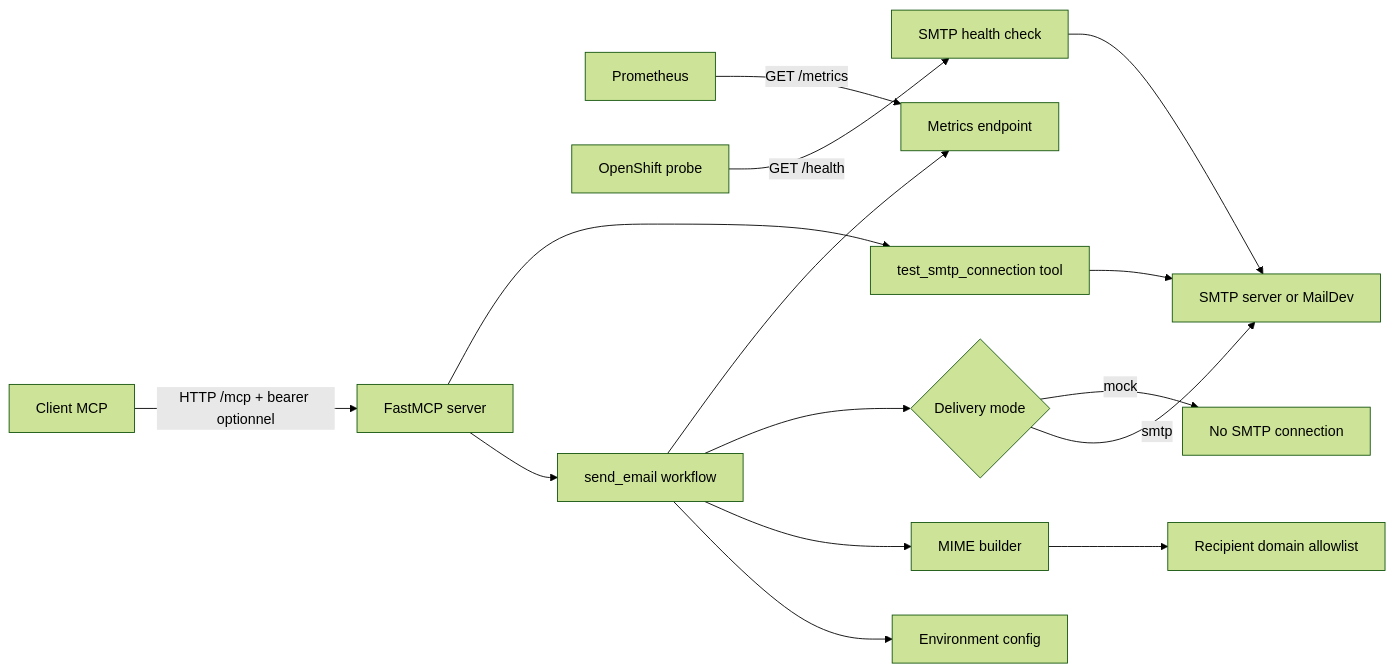
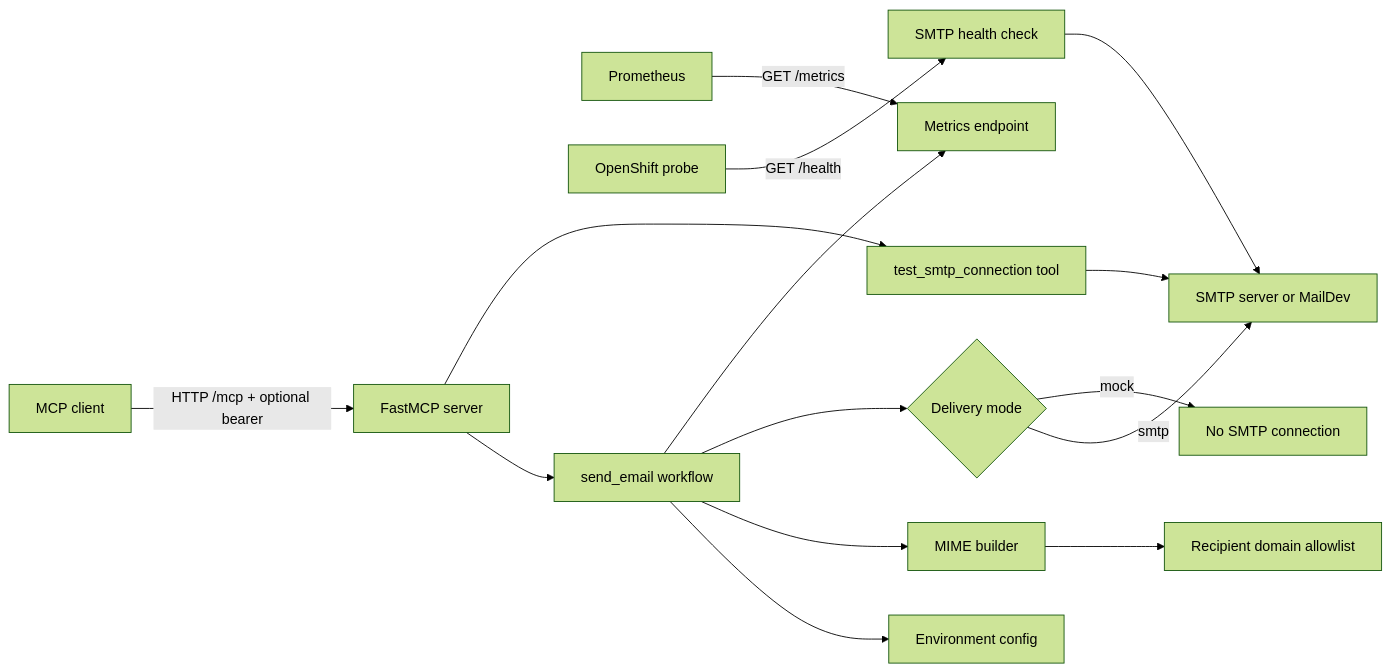
The diagram in docs/architecture.md (thomas-illiet/mcp-mail-server), drawn with Mermaid (forest theme) before and after one commit. The commit also changed other lines of this file and 2 other files, not shown here.

````diff
--- a/docs/architecture.md
+++ b/docs/architecture.md
@@ -9,17 +9,17 @@
 ```mermaid
 flowchart LR
-    Client["Client MCP"] -->|HTTP /mcp + bearer optionnel| FastMCP["FastMCP server"]
+    Client["MCP client"] -->|HTTP /mcp + optional bearer| FastMCP["FastMCP server"]
     Prometheus["Prometheus"] -->|GET /metrics| Metrics["Metrics endpoint"]
     Probe["OpenShift probe"] -->|GET /health| Health["SMTP health check"]
     FastMCP --> Workflow["send_email workflow"]
     FastMCP --> SmtpTest["test_smtp_connection tool"]
     Workflow --> Config["Environment config"]
     Workflow --> Builder["MIME builder"]
     Builder --> Policy["Recipient domain allowlist"]
     Workflow --> Delivery{"Delivery mode"}
     Delivery -->|smtp| SMTP["SMTP server or MailDev"]
     Delivery -->|mock| DryRun["No SMTP connection"]
     Health --> SMTP
     SmtpTest --> SMTP
     Workflow --> Metrics
 ```
````
